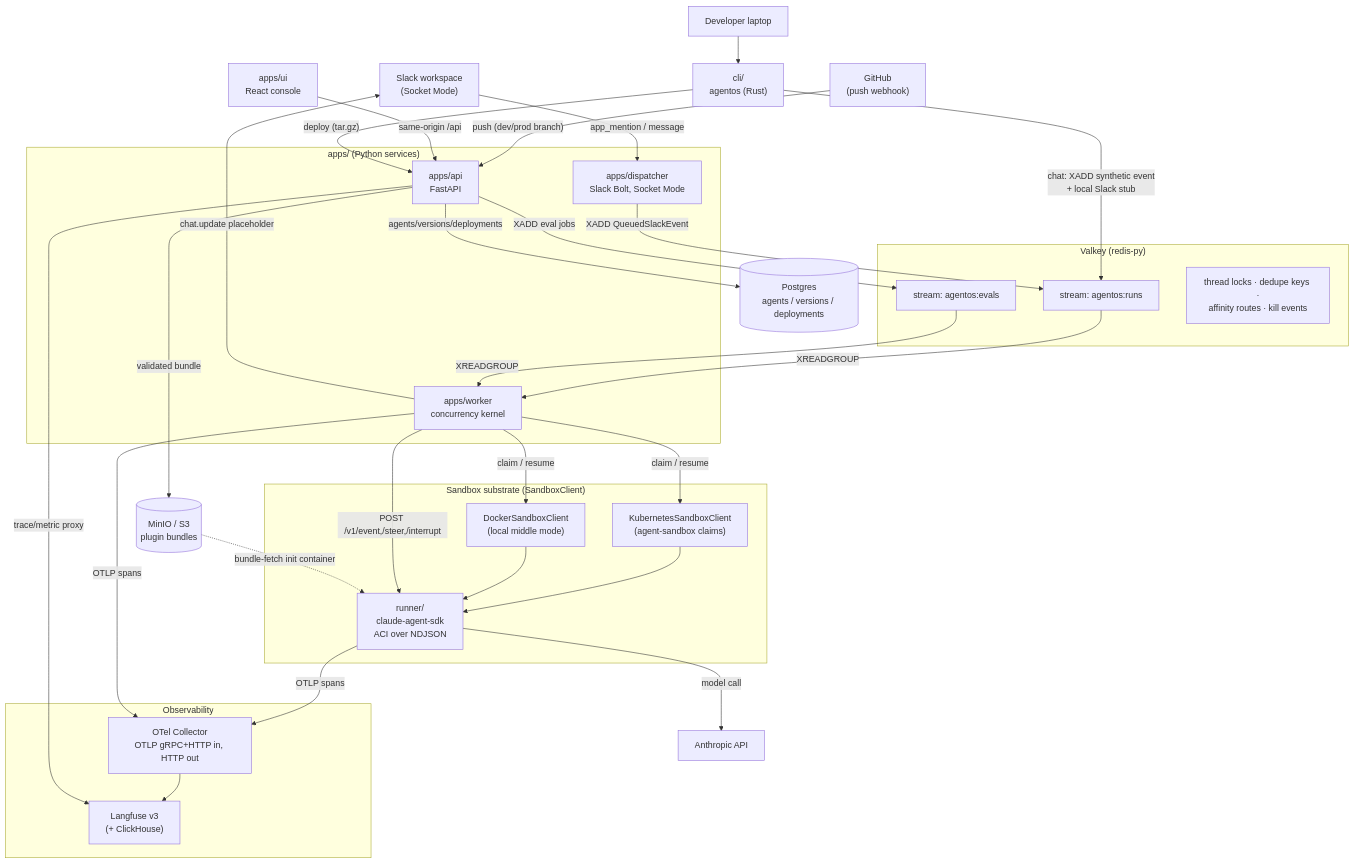
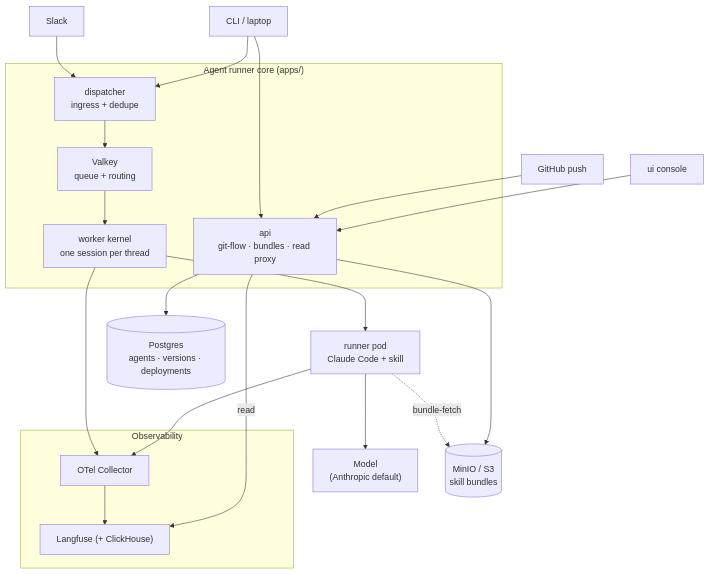
The first of 3 diagrams in ARCHITECTURE.md (coinleftt/curie), drawn with Mermaid before and after one commit. The commit also changed other lines of this file and 5 other files, not shown here.

````diff
--- a/ARCHITECTURE.md
+++ b/ARCHITECTURE.md
@@ -36,63 +43,39 @@
 ```mermaid
 flowchart TB
-    Slack["Slack workspace<br/>(Socket Mode)"]
-    GH["GitHub<br/>(push webhook)"]
-    CLIuser["Developer laptop"]
+    Slack["Slack"]
+    CLI["CLI / laptop"]
+    GH["GitHub push"]
 
-    subgraph platform["apps/ (Python services)"]
-        Dispatcher["apps/dispatcher<br/>Slack Bolt, Socket Mode"]
-        Worker["apps/worker<br/>concurrency kernel"]
-        API["apps/api<br/>FastAPI"]
+    subgraph core["Agent runner core (apps/)"]
+        Dispatcher["dispatcher<br/>ingress + dedupe"]
+        Queue["Valkey<br/>queue + routing"]
+        Worker["worker kernel<br/>one session per thread"]
+        API["api<br/>git-flow · bundles · read proxy"]
     end
 
-    subgraph queue["Valkey (redis-py)"]
-        Runs["stream: agentos:runs"]
-        Evals["stream: agentos:evals"]
-        Locks["thread locks · dedupe keys ·<br/>affinity routes · kill events"]
+    Sandbox["runner pod<br/>Claude Code + skill"]
+    Anthropic["Model<br/>(Anthropic default)"]
+
+    UI["ui console"]
+    Store[("MinIO / S3<br/>skill bundles")]
+    PG[("Postgres<br/>agents · versions · deployments")]
+
+    subgraph obs["Observability"]
+        OTel["OTel Collector"]
+        LF["Langfuse (+ ClickHouse)"]
+        OTel --> LF
     end
 
-    subgraph substrate["Sandbox substrate (SandboxClient)"]
-        K8s["KubernetesSandboxClient<br/>(agent-sandbox claims)"]
-        Docker["DockerSandboxClient<br/>(local middle mode)"]
-        Runner["runner/<br/>claude-agent-sdk<br/>ACI over NDJSON"]
-        K8s --> Runner
-        Docker --> Runner
-    end
-
-    PG[("Postgres<br/>agents / versions / deployments")]
-    Store[("MinIO / S3<br/>plugin bundles")]
-    Anthropic["Anthropic API"]
-
-    subgraph obs["Observability"]
-        Collector["OTel Collector<br/>OTLP gRPC+HTTP in, HTTP out"]
-        Langfuse["Langfuse v3<br/>(+ ClickHouse)"]
-        Collector --> Langfuse
-    end
-
-    UI["apps/ui<br/>React console"]
-    CLI["cli/<br/>agentos (Rust)"]
-
-    Slack -- "app_mention / message" --> Dispatcher
-    Dispatcher -- "XADD QueuedSlackEvent" --> Runs
-    Runs -- "XREADGROUP" --> Worker
-    Worker -- "claim / resume" --> K8s
-    Worker -- "claim / resume" --> Docker
-    Worker -- "POST /v1/event,/steer,/interrupt" --> Runner
-    Worker -- "chat.update placeholder" --> Slack
-    Runner -- "model call" --> Anthropic
-    Runner -- "OTLP spans" --> Collector
-    Worker -- "OTLP spans" --> Collector
-
-    GH -- "push (dev/prod branch)" --> API
-    API -- "validated bundle" --> Store
-    API -- "agents/versions/deployments" --> PG
-    API -- "XADD eval jobs" --> Evals
-    Evals -- "XREADGROUP" --> Worker
-    Store -. "bundle-fetch init container" .-> Runner
-
-    UI -- "same-origin /api" --> API
-    API -- "trace/metric proxy" --> Langfuse
-    CLIuser --> CLI
-    CLI -- "deploy (tar.gz)" --> API
-    CLI -- "chat: XADD synthetic event<br/>+ local Slack stub" --> Runs
+    Slack --> Dispatcher
+    CLI --> Dispatcher
+    CLI --> API
+    GH --> API
+    Dispatcher --> Queue --> Worker --> Sandbox --> Anthropic
+    Sandbox -. bundle-fetch .-> Store
+    API --> Store
+    API --> PG
+    UI --> API
+    Worker --> OTel
+    Sandbox --> OTel
+    API -- read --> LF
 ```
````
